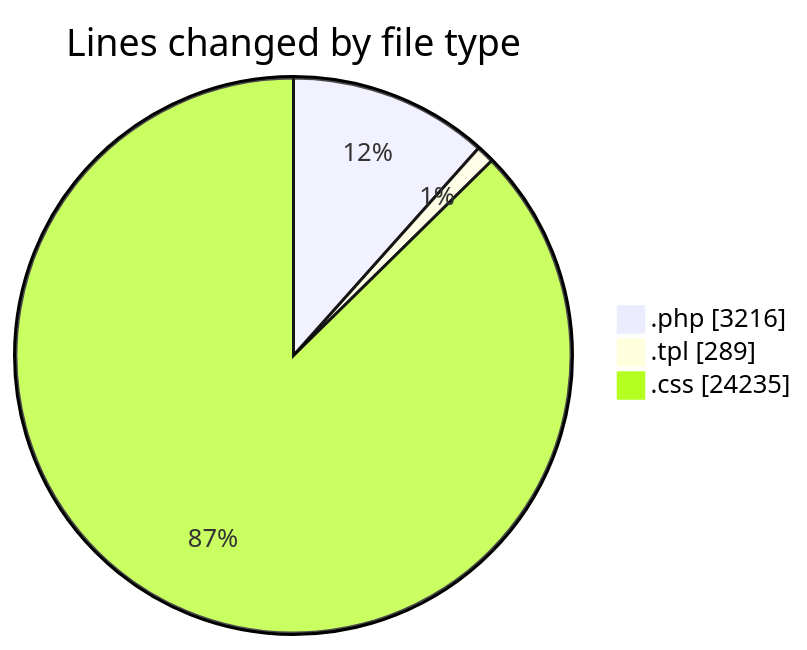
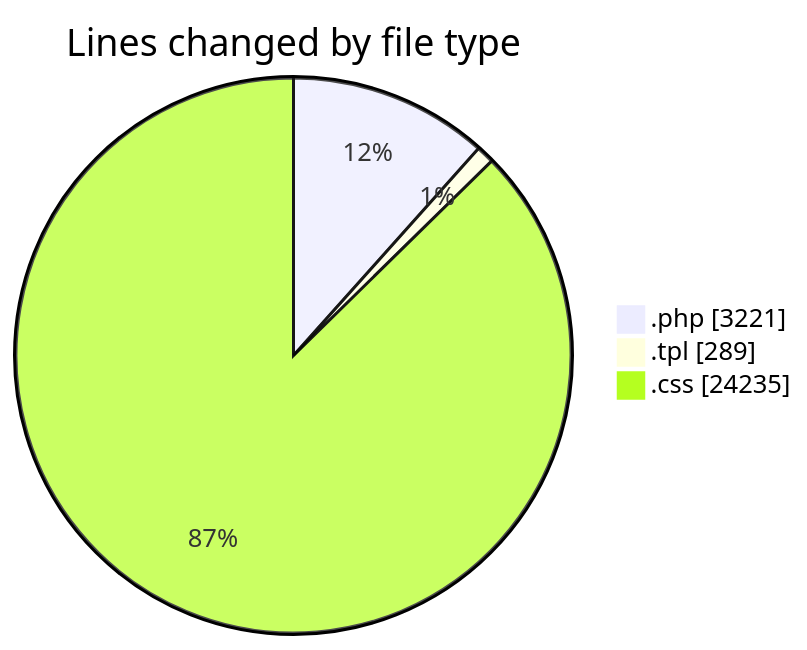
The first of 2 diagrams in 2025-04-18/zeytoon/README.md (vahidmafi/code-tracking), drawn with Mermaid before and after one commit. The commit also changed other lines of this file and 1 other file, not shown here.

````diff
--- a/2025-04-18/zeytoon/README.md
+++ b/2025-04-18/zeytoon/README.md
@@ -26,7 +26,7 @@
 ```mermaid
 pie showData
 title Lines changed by file type
-".php" : 3216
+".php" : 3221
 ".tpl" : 289
 ".css" : 24235
 ```
````
